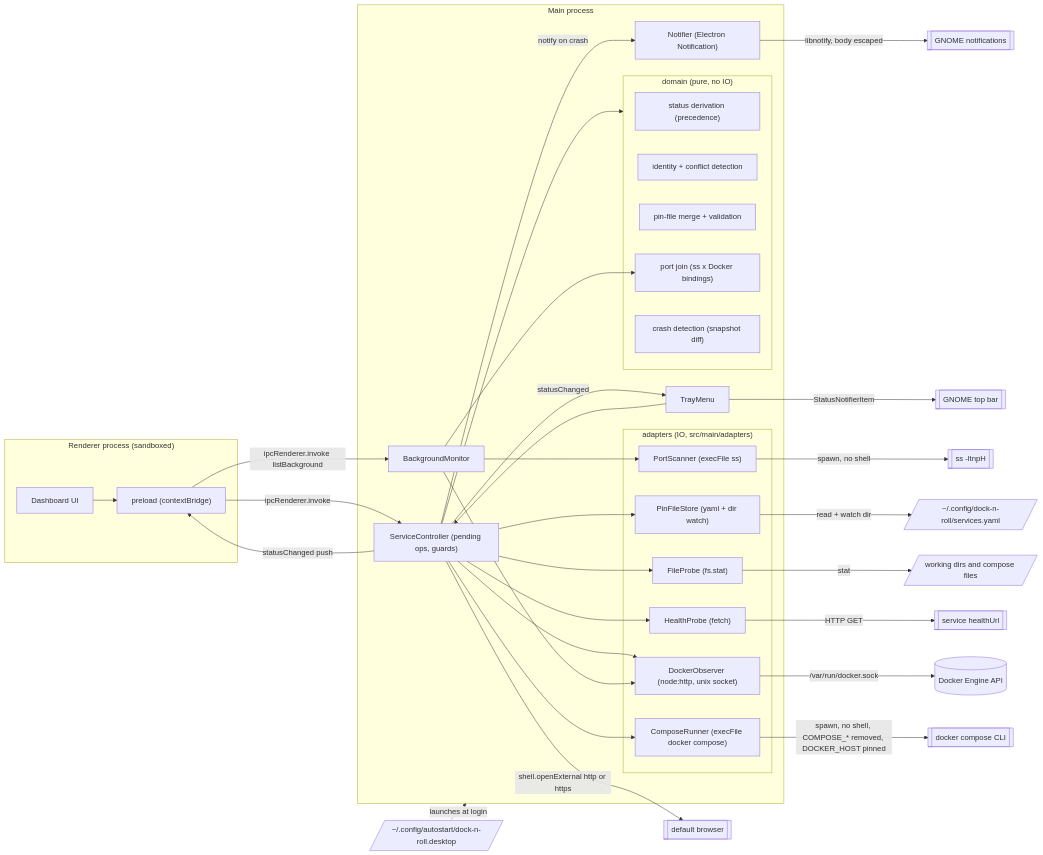
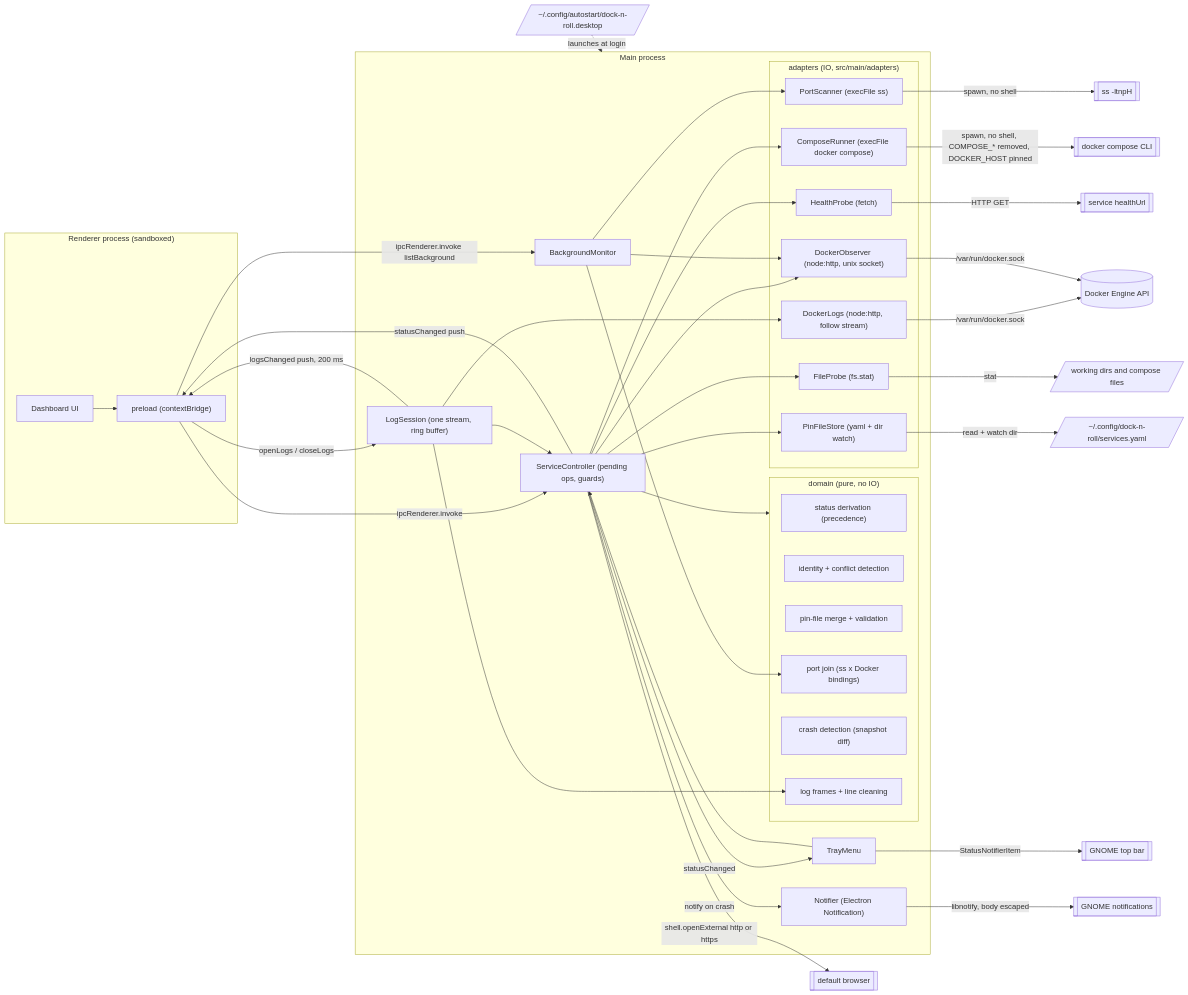
One commit to benoit-bremaud/dock-n-roll changed the diagram in docs/architecture/diagrams/launcher/03-component.md. Above: the diagram before and after it, drawn with Mermaid. The commit also changed 35 other files, not shown here.

First line of the commit message:
feat(logs): follow a service's logs in the dashboard (UC7) (#32)

````diff
--- a/docs/architecture/diagrams/launcher/03-component.md
+++ b/docs/architecture/diagrams/launcher/03-component.md
@@ -14,54 +14,63 @@
 ```mermaid
 flowchart LR
   subgraph Renderer ["Renderer process (sandboxed)"]
     Dashboard["Dashboard UI"]
     Preload["preload (contextBridge)"]
     Dashboard --> Preload
   end
   subgraph Main ["Main process"]
     Tray["TrayMenu"]
     SC["ServiceController (pending ops, guards)"]
     BM["BackgroundMonitor"]
     NT["Notifier (Electron Notification)"]
+    LS["LogSession (one stream, ring buffer)"]
     subgraph Domain ["domain (pure, no IO)"]
       Derive["status derivation (precedence)"]
       Ident["identity + conflict detection"]
       Merge["pin-file merge + validation"]
       Join["port join (ss x Docker bindings)"]
       Crash["crash detection (snapshot diff)"]
+      Logs["log frames + line cleaning"]
     end
     subgraph Adapters ["adapters (IO, src/main/adapters)"]
       DO["DockerObserver (node:http, unix socket)"]
       CR["ComposeRunner (execFile docker compose)"]
       HP["HealthProbe (fetch)"]
       FP["FileProbe (fs.stat)"]
       PS["PortScanner (execFile ss)"]
       PF["PinFileStore (yaml + dir watch)"]
+      DL["DockerLogs (node:http, follow stream)"]
     end
   end
   Preload -->|"ipcRenderer.invoke"| SC
   Preload -->|"ipcRenderer.invoke listBackground"| BM
   SC -->|"statusChanged push"| Preload
   SC -->|"statusChanged"| Tray
+  Preload -->|"openLogs / closeLogs"| LS
+  LS -->|"logsChanged push, 200 ms"| Preload
+  LS --> SC
+  LS --> Logs
+  LS --> DL
+  DL -->|"/var/run/docker.sock"| Docker
   Tray --> SC
   SC --> Domain
   BM --> Join
   SC --> DO
   SC --> CR
   SC --> HP
   SC --> FP
   SC --> PF
   BM --> PS
   BM --> DO
   DO -->|"/var/run/docker.sock"| Docker[("Docker Engine API")]
   CR -->|"spawn, no shell, COMPOSE_* removed, DOCKER_HOST pinned"| CLI[["docker compose CLI"]]
   PS -->|"spawn, no shell"| SS[["ss -ltnpH"]]
   HP -->|"HTTP GET"| Local[["service healthUrl"]]
   FP -->|"stat"| Disk[/"working dirs and compose files"/]
   PF -->|"read + watch dir"| YAML[/"~/.config/dock-n-roll/services.yaml"/]
   SC -->|"shell.openExternal http or https"| Browser[["default browser"]]
   SC -->|"notify on crash"| NT
   NT -->|"libnotify, body escaped"| Desk[["GNOME notifications"]]
   Tray -->|"StatusNotifierItem"| GNOME[["GNOME top bar"]]
   Autostart[/"~/.config/autostart/dock-n-roll.desktop"/] -.->|"launches at login"| Main
 ```
````
